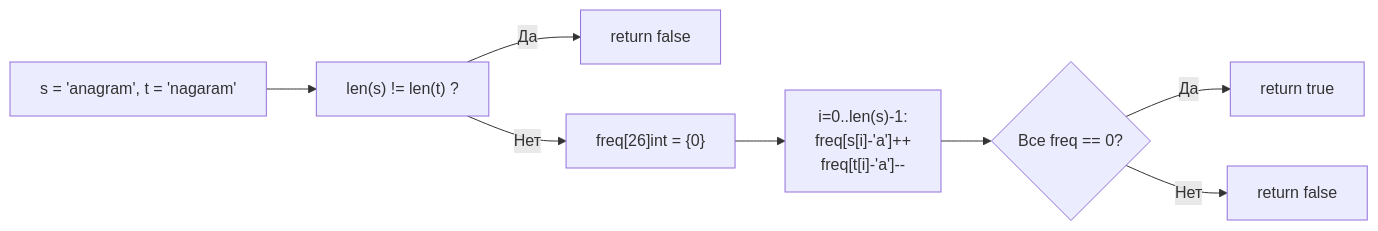
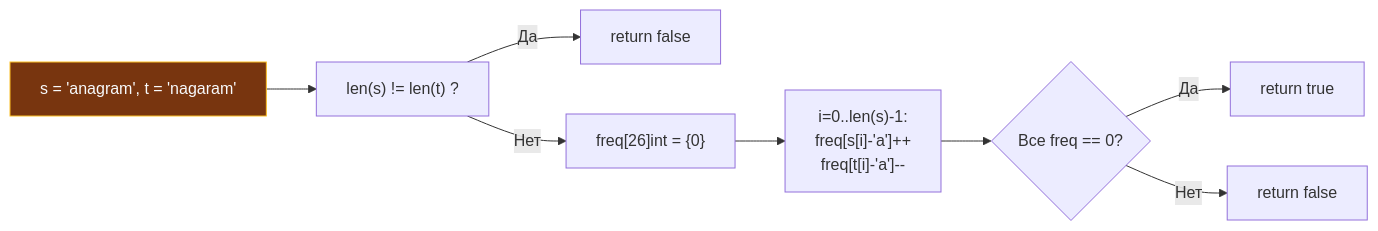
The diagram in sources/21. Задачи с LeetCode и собеседований на Go/02. Задачи/01. Массивы и строки/12. Valid Anagram.md (UnrealTemplier/go-textbook), drawn with Mermaid before and after one commit. The commit also changed 1666 other files, not shown here.

First line of the commit message:
feat(mermaid): add semantic color classDef to 1369 colorless flowchart/graph diagrams

````diff
--- a/sources/21. Задачи с LeetCode и собеседований на Go/02. Задачи/01. Массивы и строки/12. Valid Anagram.md
+++ b/sources/21. Задачи с LeetCode и собеседований на Go/02. Задачи/01. Массивы и строки/12. Valid Anagram.md
@@ -77,10 +77,20 @@
 ```mermaid
 flowchart LR
-    A["s = 'anagram', t = 'nagaram'"] --> B["len(s) != len(t) ?"]
+    classDef process  fill:#1e293b,stroke:#38bdf8,stroke-width:1px,color:#f8fafc
+    classDef success  fill:#064e3b,stroke:#34d399,stroke-width:1px,color:#f8fafc
+    classDef error    fill:#7f1d1d,stroke:#f87171,stroke-width:1px,color:#f8fafc
+    classDef warning  fill:#78350f,stroke:#fbbf24,stroke-width:1px,color:#f8fafc
+    classDef entry    fill:#1e3a5f,stroke:#38bdf8,stroke-width:2px,color:#f8fafc
+    classDef aux      fill:#334155,stroke:#64748b,stroke-width:1px,color:#f8fafc
+    classDef system   fill:#312e81,stroke:#a78bfa,stroke-width:1px,color:#f8fafc
+    classDef data     fill:#132d29,stroke:#2dd4bf,stroke-width:1px,color:#f8fafc
+    classDef network  fill:#881337,stroke:#fb7185,stroke-width:1px,color:#f8fafc
+    classDef accent   fill:#1e1b4b,stroke:#818cf8,stroke-width:1px,color:#f8fafc
+    A["s = 'anagram', t = 'nagaram'"]:::warning --> B["len(s) != len(t) ?"]
     B -->|"Да"| C["return false"]
     B -->|"Нет"| D["freq[26]int = {0}"]
     D --> E["i=0..len(s)-1:<br>freq[s[i]-'a']++<br>freq[t[i]-'a']--"]
     E --> F{"Все freq == 0?"}
     F -->|"Да"| G["return true"]
     F -->|"Нет"| H["return false"]
 ```
````
